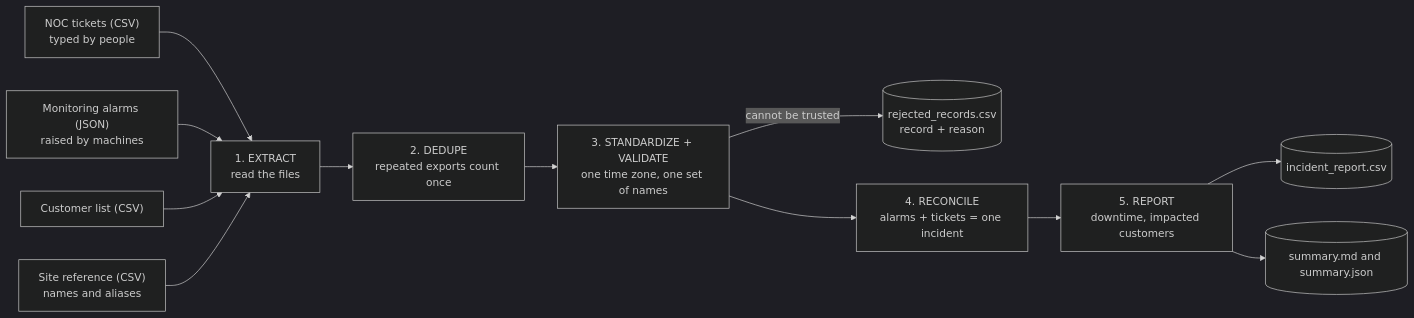
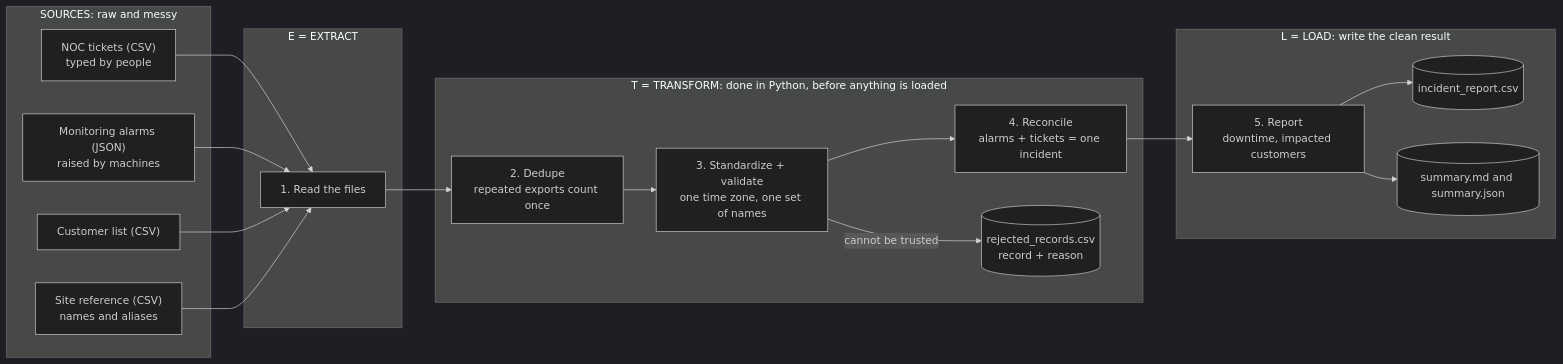
The first of 2 diagrams in week-01-fibre-incidents/README.md (LarVinchi/boss-vs-data-engineer), drawn with Mermaid (dark theme) before and after one commit. The commit also changed other lines of this file and 1 other file, not shown here.

````diff
--- a/week-01-fibre-incidents/README.md
+++ b/week-01-fibre-incidents/README.md
@@ -94,14 +99,34 @@
 ```mermaid
 flowchart LR
-    T["NOC tickets (CSV)<br/>typed by people"] --> X
-    A["Monitoring alarms (JSON)<br/>raised by machines"] --> X
-    C["Customer list (CSV)"] --> X
-    R["Site reference (CSV)<br/>names and aliases"] --> X
-    X["1. EXTRACT<br/>read the files"] --> D["2. DEDUPE<br/>repeated exports count once"]
-    D --> S["3. STANDARDIZE + VALIDATE<br/>one time zone, one set of names"]
-    S -->|"cannot be trusted"| J[("rejected_records.csv<br/>record + reason")]
-    S --> RC["4. RECONCILE<br/>alarms + tickets = one incident"]
-    RC --> O["5. REPORT<br/>downtime, impacted customers"]
-    O --> I[("incident_report.csv")]
-    O --> SM[("summary.md and summary.json")]
+    subgraph SRC["SOURCES: raw and messy"]
+        T["NOC tickets (CSV)<br/>typed by people"]
+        A["Monitoring alarms (JSON)<br/>raised by machines"]
+        C["Customer list (CSV)"]
+        R["Site reference (CSV)<br/>names and aliases"]
+    end
+    subgraph EXT["E = EXTRACT"]
+        X["1. Read the files"]
+    end
+    subgraph TRN["T = TRANSFORM: done in Python, before anything is loaded"]
+        D["2. Dedupe<br/>repeated exports count once"]
+        S["3. Standardize + validate<br/>one time zone, one set of names"]
+        RC["4. Reconcile<br/>alarms + tickets = one incident"]
+        J[("rejected_records.csv<br/>record + reason")]
+        D --> S
+        S --> RC
+        S -->|"cannot be trusted"| J
+    end
+    subgraph LD["L = LOAD: write the clean result"]
+        O["5. Report<br/>downtime, impacted customers"]
+        I[("incident_report.csv")]
+        SM[("summary.md and summary.json")]
+        O --> I
+        O --> SM
+    end
+    T --> X
+    A --> X
+    C --> X
+    R --> X
+    X --> D
+    RC --> O
 ```
````
